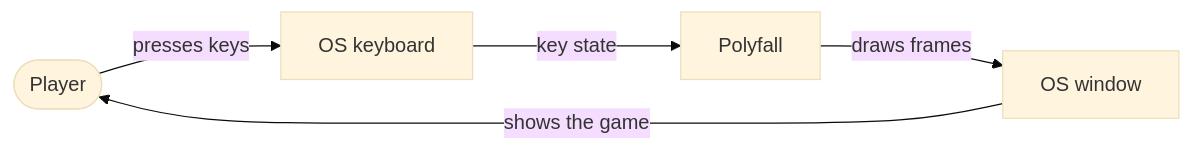
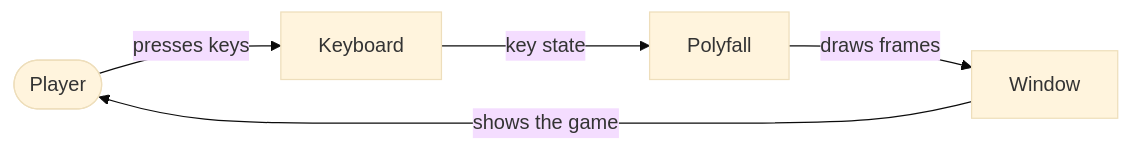
The diagram in docs/architecture/context.md (chussenot/polyfall), drawn with Mermaid (base theme) before and after one commit. The commit also changed other lines of this file and 12 other files, not shown here.

````diff
--- a/docs/architecture/context.md
+++ b/docs/architecture/context.md
@@ -17,11 +22,11 @@
 ```mermaid
 flowchart LR
-    Player([Player])
-    Keyboard[OS keyboard]
-    Game[Polyfall]
-    Window[OS window]
-    Player -->|presses keys| Keyboard
-    Keyboard -->|key state| Game
-    Game -->|draws frames| Window
-    Window -->|shows the game| Player
+    Player(["Player"])
+    Keyboard["Keyboard"]
+    Game["Polyfall"]
+    Window["Window"]
+    Player -->|"presses keys"| Keyboard
+    Keyboard -->|"key state"| Game
+    Game -->|"draws frames"| Window
+    Window -->|"shows the game"| Player
 ```
````
